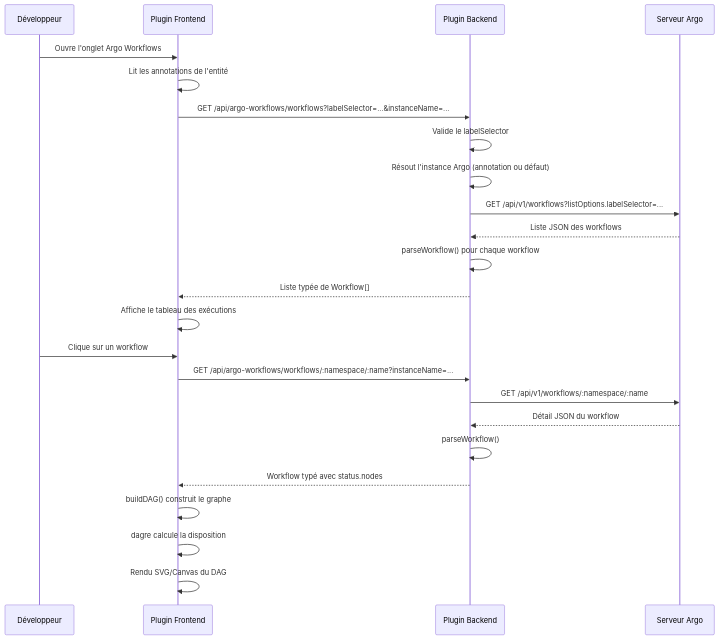
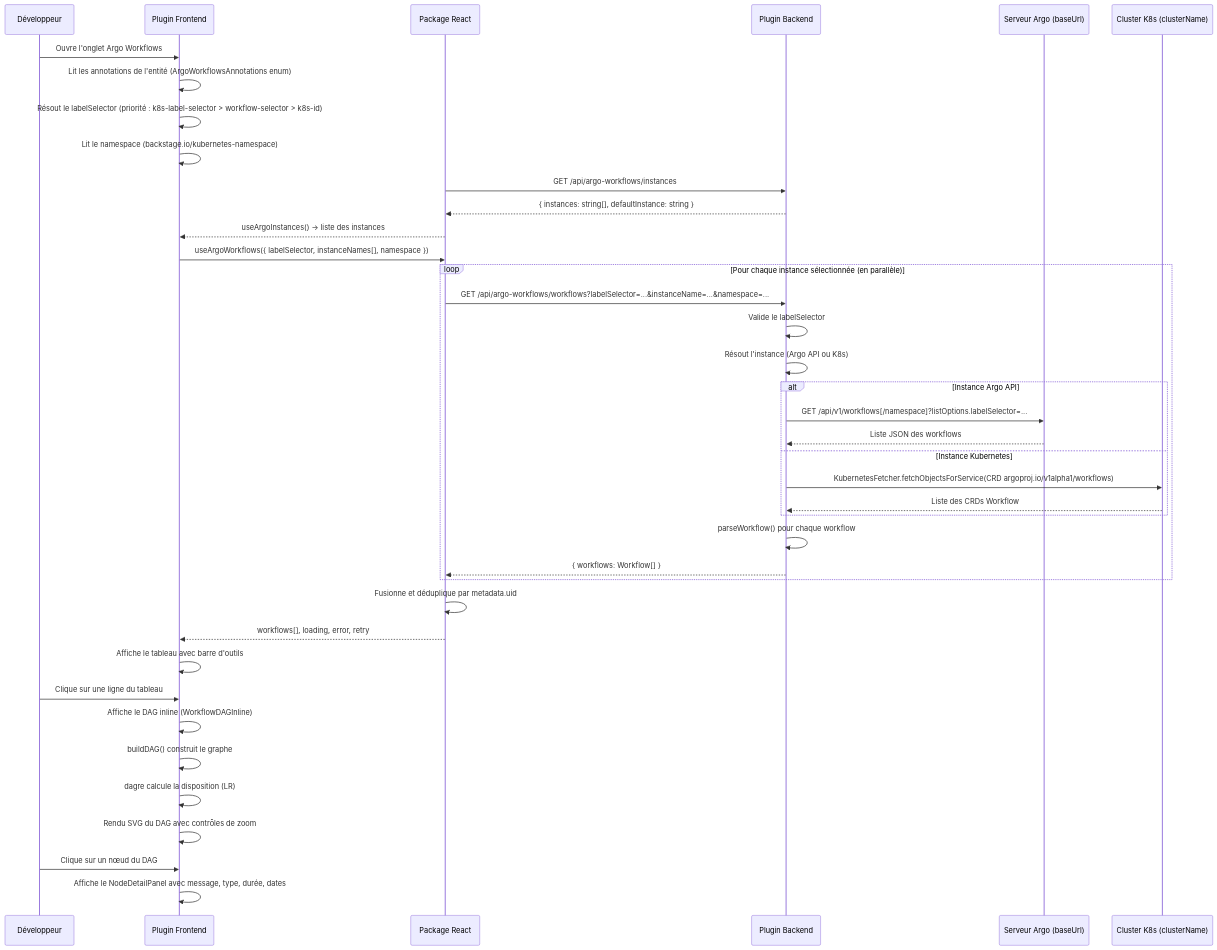
One commit to alithya-oss/backstage-plugins changed the third of 3 diagrams in .kiro/specs/argo-workflows/design.md. Above: the diagram before and after it, drawn with Mermaid. The commit also changed other lines of this file and 2 other files, not shown here.

Commit message:
feat(argo-workflows): updated specs documents

````diff
--- a/.kiro/specs/argo-workflows/design.md
+++ b/.kiro/specs/argo-workflows/design.md
@@ -61,28 +64,46 @@
 ```mermaid
 sequenceDiagram
     participant User as Développeur
     participant FE as Plugin Frontend
+    participant React as Package React
     participant BE as Plugin Backend
-    participant Argo as Serveur Argo
+    participant Argo as Serveur Argo (baseUrl)
+    participant K8s as Cluster K8s (clusterName)
 
     User->>FE: Ouvre l'onglet Argo Workflows
-    FE->>FE: Lit les annotations de l'entité
-    FE->>BE: GET /api/argo-workflows/workflows?labelSelector=...&instanceName=...
-    BE->>BE: Valide le labelSelector
-    BE->>BE: Résout l'instance Argo (annotation ou défaut)
-    BE->>Argo: GET /api/v1/workflows?listOptions.labelSelector=...
-    Argo-->>BE: Liste JSON des workflows
-    BE->>BE: parseWorkflow() pour chaque workflow
-    BE-->>FE: Liste typée de Workflow[]
-    FE->>FE: Affiche le tableau des exécutions
+    FE->>FE: Lit les annotations de l'entité (ArgoWorkflowsAnnotations enum)
+    FE->>FE: Résout le labelSelector (priorité : k8s-label-selector > workflow-selector > k8s-id)
+    FE->>FE: Lit le namespace (backstage.io/kubernetes-namespace)
 
-    User->>FE: Clique sur un workflow
-    FE->>BE: GET /api/argo-workflows/workflows/:namespace/:name?instanceName=...
-    BE->>Argo: GET /api/v1/workflows/:namespace/:name
-    Argo-->>BE: Détail JSON du workflow
-    BE->>BE: parseWorkflow()
-    BE-->>FE: Workflow typé avec status.nodes
+    React->>BE: GET /api/argo-workflows/instances
+    BE-->>React: { instances: string[], defaultInstance: string }
+    React-->>FE: useArgoInstances() → liste des instances
+
+    FE->>React: useArgoWorkflows({ labelSelector, instanceNames[], namespace })
+    loop Pour chaque instance sélectionnée (en parallèle)
+        React->>BE: GET /api/argo-workflows/workflows?labelSelector=...&instanceName=...&namespace=...
+        BE->>BE: Valide le labelSelector
+        BE->>BE: Résout l'instance (Argo API ou K8s)
+        alt Instance Argo API
+            BE->>Argo: GET /api/v1/workflows[/namespace]?listOptions.labelSelector=...
+            Argo-->>BE: Liste JSON des workflows
+        else Instance Kubernetes
+            BE->>K8s: KubernetesFetcher.fetchObjectsForService(CRD argoproj.io/v1alpha1/workflows)
+            K8s-->>BE: Liste des CRDs Workflow
+        end
+        BE->>BE: parseWorkflow() pour chaque workflow
+        BE-->>React: { workflows: Workflow[] }
+    end
+    React->>React: Fusionne et déduplique par metadata.uid
+    React-->>FE: workflows[], loading, error, retry
+
+    FE->>FE: Affiche le tableau avec barre d'outils
+    User->>FE: Clique sur une ligne du tableau
+    FE->>FE: Affiche le DAG inline (WorkflowDAGInline)
     FE->>FE: buildDAG() construit le graphe
-    FE->>FE: dagre calcule la disposition
-    FE->>FE: Rendu SVG/Canvas du DAG
+    FE->>FE: dagre calcule la disposition (LR)
+    FE->>FE: Rendu SVG du DAG avec contrôles de zoom
+
+    User->>FE: Clique sur un nœud du DAG
+    FE->>FE: Affiche le NodeDetailPanel avec message, type, durée, dates
 ```
````
